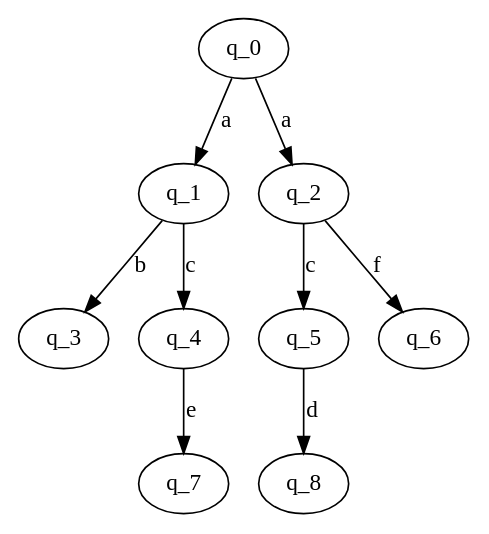
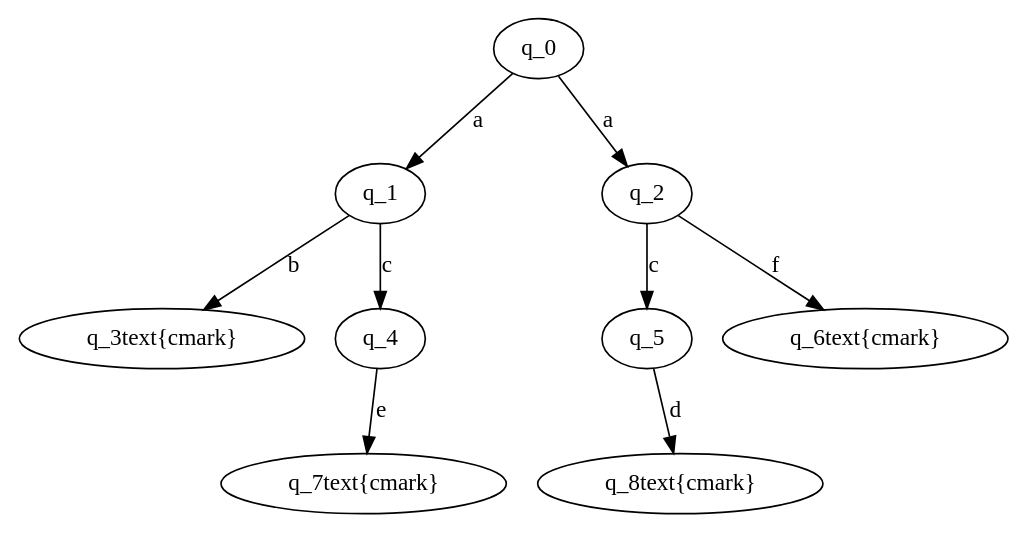
Before and after one commit to hhassan1/ConcurrentSystemsTFG: the diagram in doc/dot/FailureEquivalence/Q.dot, drawn with Graphviz. The commit also changed 76 other files, not shown here.

```diff
--- a/doc/dot/FailureEquivalence/Q.dot
+++ b/doc/dot/FailureEquivalence/Q.dot
@@ -1,10 +1,14 @@
 digraph LTSQ {
     q_0 -> q_1 [label="a"];
     q_0 -> q_2 [label="a"];
     q_1 -> q_3 [label="b"];
     q_1 -> q_4 [label="c"];
     q_2 -> q_5 [label="c"];
     q_2 -> q_6 [label="f"];
     q_4 -> q_7 [label="e"];
     q_5 -> q_8 [label="d"];
+    q_3 [label="q_3\text{\cmark}"]
+    q_6 [label="q_6\text{\cmark}"]
+    q_7 [label="q_7\text{\cmark}"]
+    q_8 [label="q_8\text{\cmark}"]
 }
```
